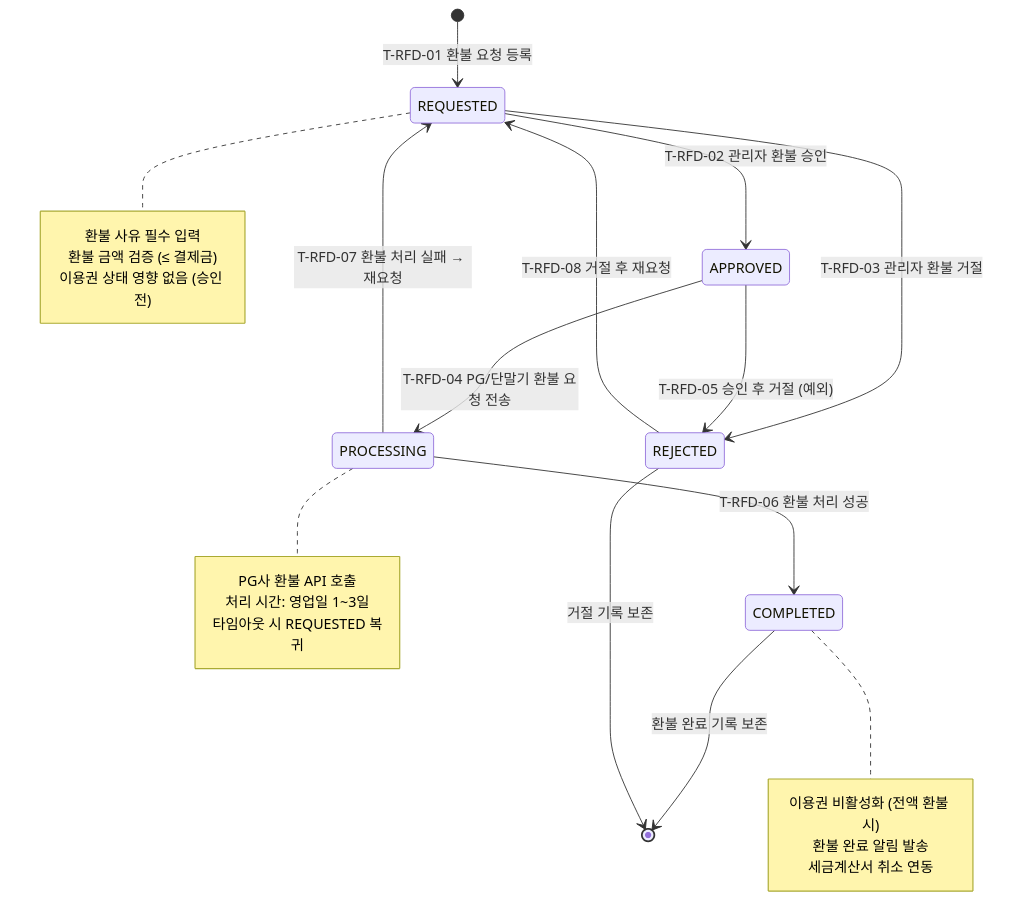
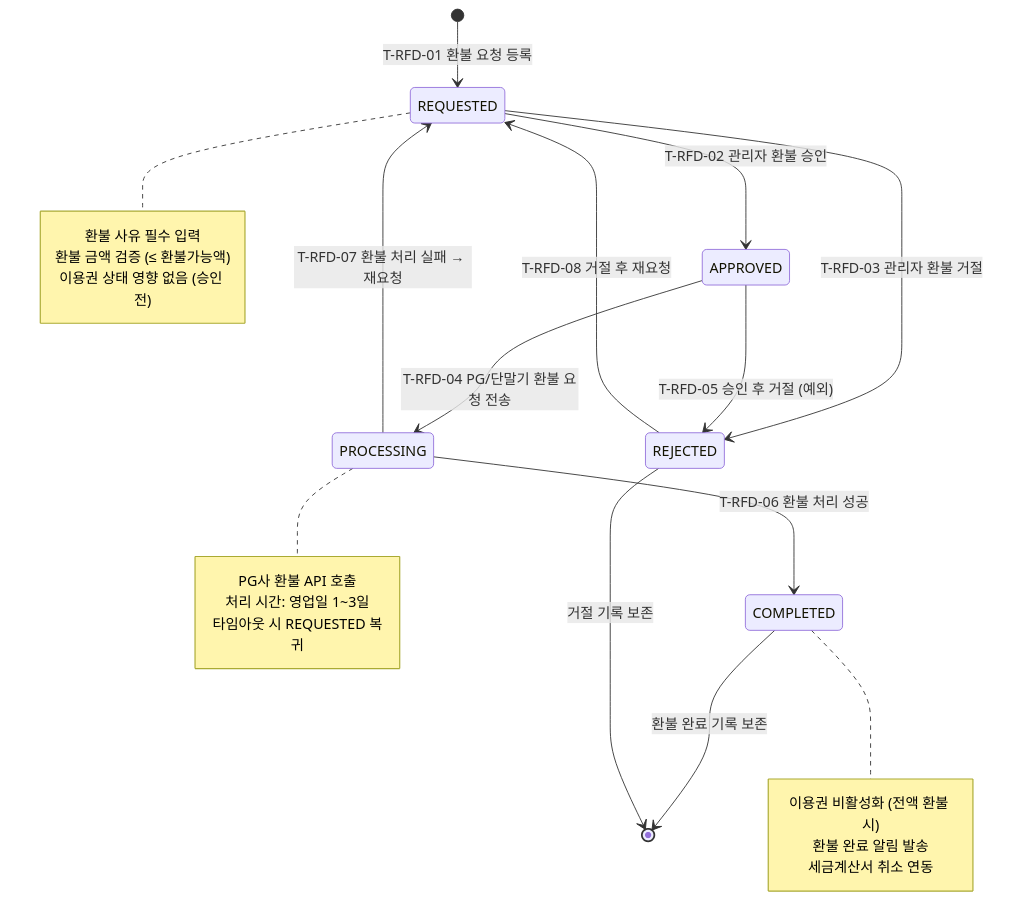
The diagram in docs/admin/다이어그램/20_상태전이도/20-04_RefundStatus.md (dev-spogym/admin-pando), drawn with Mermaid before and after one commit. The commit also changed other lines of this file and 45 other files, not shown here.

````diff
--- a/docs/admin/다이어그램/20_상태전이도/20-04_RefundStatus.md
+++ b/docs/admin/다이어그램/20_상태전이도/20-04_RefundStatus.md
@@ -32,36 +32,36 @@
 ```mermaid
 stateDiagram-v2
     [*] --> REQUESTED : T-RFD-01 환불 요청 등록
 
     REQUESTED --> APPROVED : T-RFD-02 관리자 환불 승인
     REQUESTED --> REJECTED : T-RFD-03 관리자 환불 거절
 
     APPROVED --> PROCESSING : T-RFD-04 PG/단말기 환불 요청 전송
     APPROVED --> REJECTED : T-RFD-05 승인 후 거절 (예외)
 
     PROCESSING --> COMPLETED : T-RFD-06 환불 처리 성공
     PROCESSING --> REQUESTED : T-RFD-07 환불 처리 실패 → 재요청
 
     REJECTED --> REQUESTED : T-RFD-08 거절 후 재요청
 
     COMPLETED --> [*] : 환불 완료 기록 보존
     REJECTED --> [*] : 거절 기록 보존
 
     note right of REQUESTED
         환불 사유 필수 입력
-        환불 금액 검증 (≤ 결제금)
+        환불 금액 검증 (≤ 환불가능액)
         이용권 상태 영향 없음 (승인 전)
     end note
 
     note right of PROCESSING
         PG사 환불 API 호출
         처리 시간: 영업일 1~3일
         타임아웃 시 REQUESTED 복귀
     end note
 
     note right of COMPLETED
         이용권 비활성화 (전액 환불 시)
         환불 완료 알림 발송
         세금계산서 취소 연동
     end note
 ```
````
